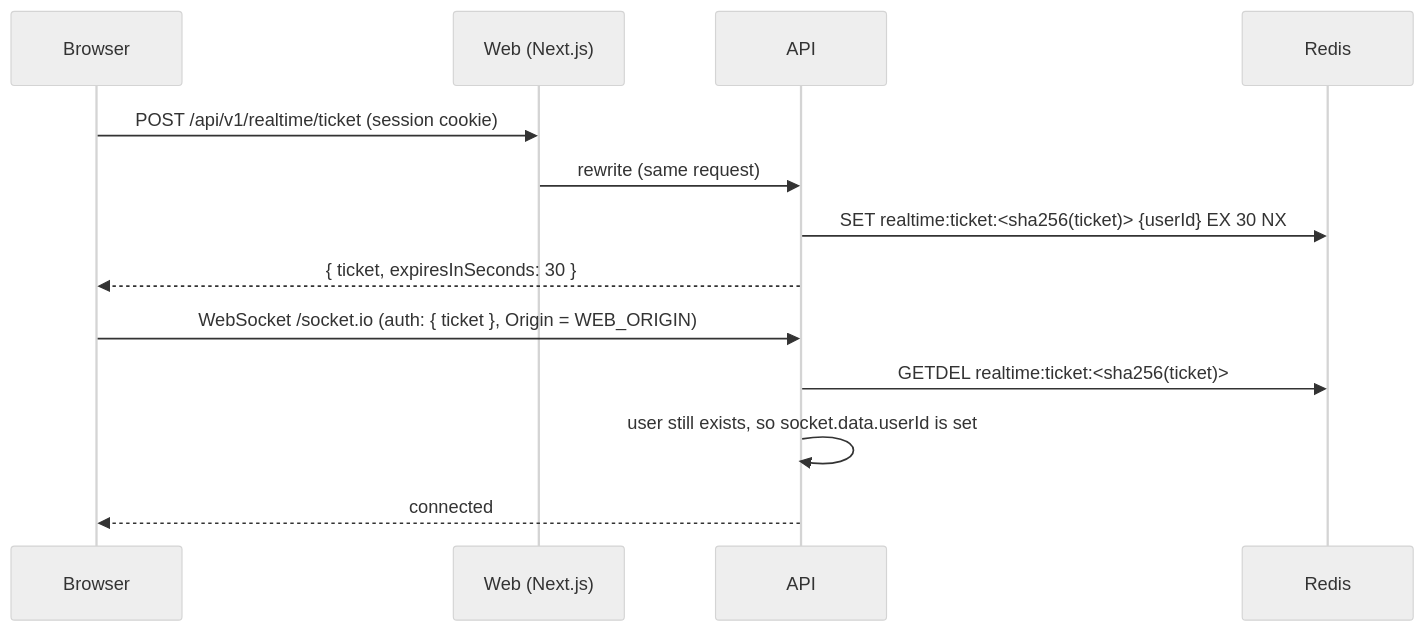
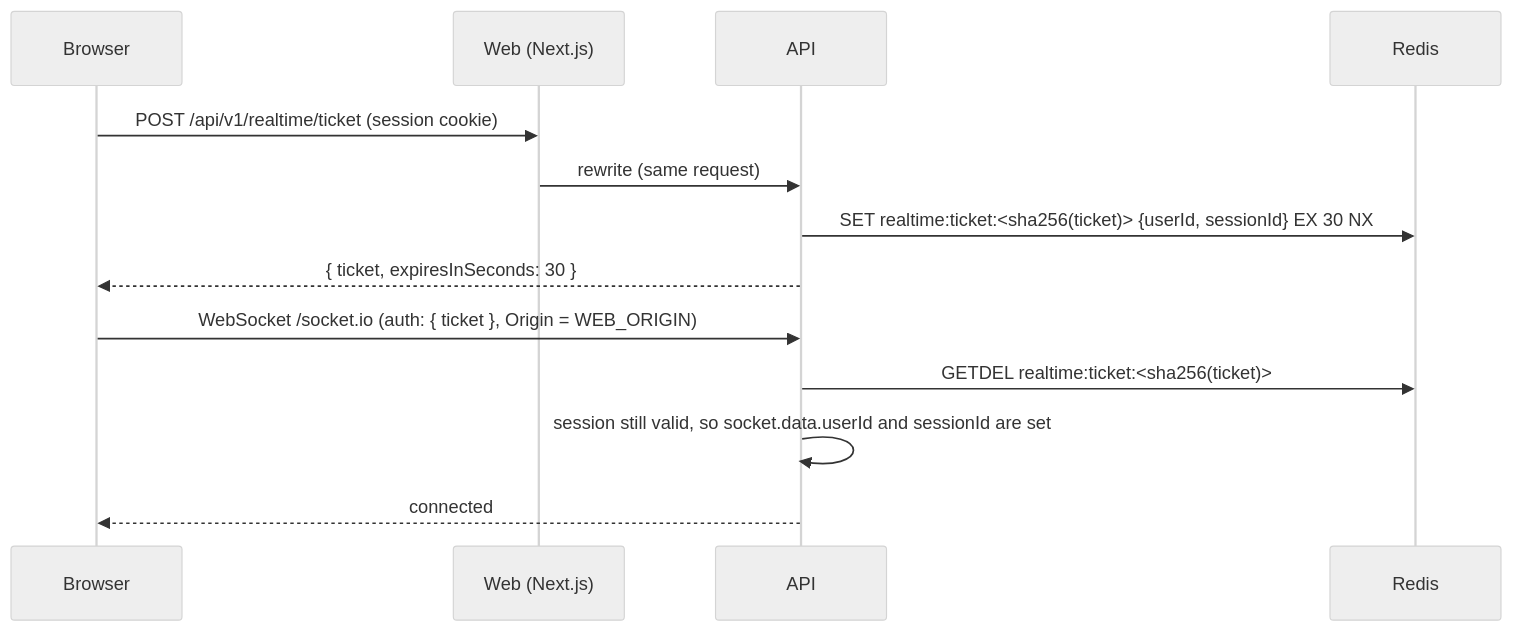
Before and after one commit to man-singh-dev/diffCraft: the third of 8 diagrams in docs/architecture.md, drawn with Mermaid (neutral theme). The commit also changed other lines of this file and 34 other files, not shown here.

Commit message:
fix(realtime): revoke socket access when membership or sessions end & changed the readme

````diff
--- a/docs/architecture.md
+++ b/docs/architecture.md
@@ -263,15 +264,15 @@
 ```mermaid
 sequenceDiagram
     participant B as Browser
     participant W as Web (Next.js)
     participant A as API
     participant R as Redis
     B->>W: POST /api/v1/realtime/ticket (session cookie)
     W->>A: rewrite (same request)
-    A->>R: SET realtime:ticket:<sha256(ticket)> {userId} EX 30 NX
+    A->>R: SET realtime:ticket:<sha256(ticket)> {userId, sessionId} EX 30 NX
     A-->>B: { ticket, expiresInSeconds: 30 }
     B->>A: WebSocket /socket.io (auth: { ticket }, Origin = WEB_ORIGIN)
     A->>R: GETDEL realtime:ticket:<sha256(ticket)>
-    A->>A: user still exists, so socket.data.userId is set
+    A->>A: session still valid, so socket.data.userId and sessionId are set
     A-->>B: connected
 ```
````
